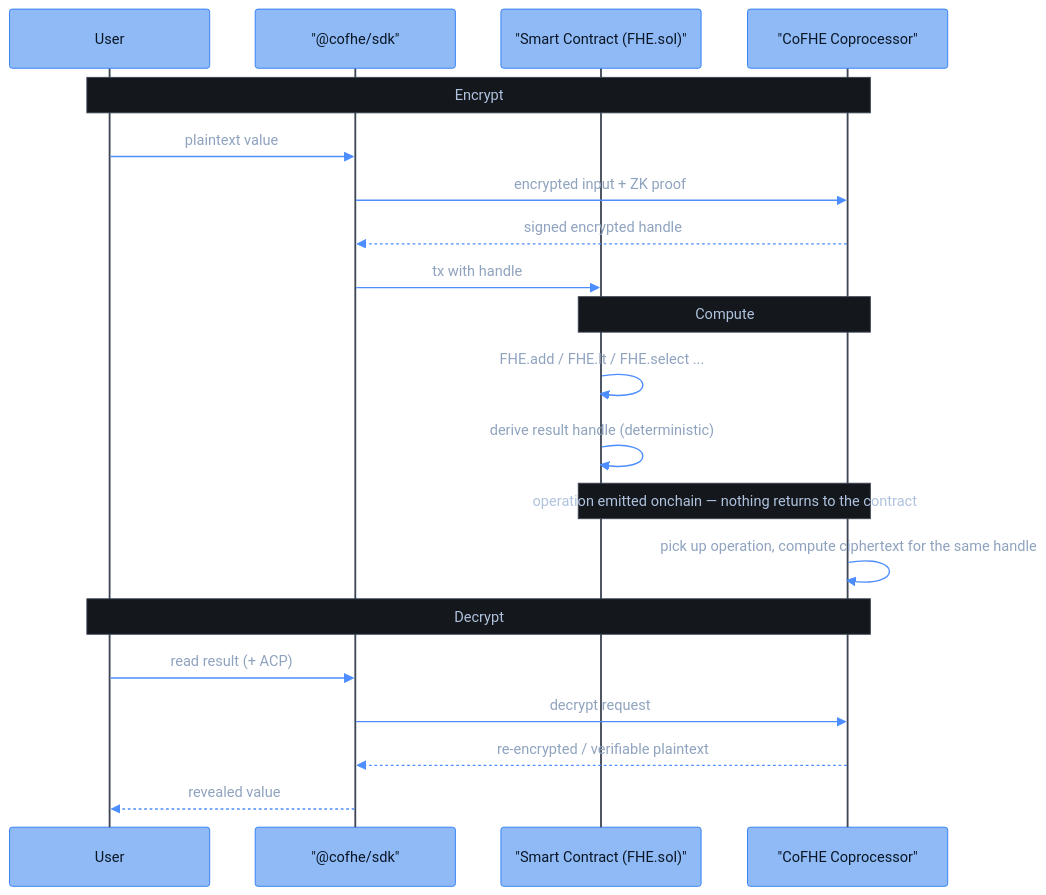
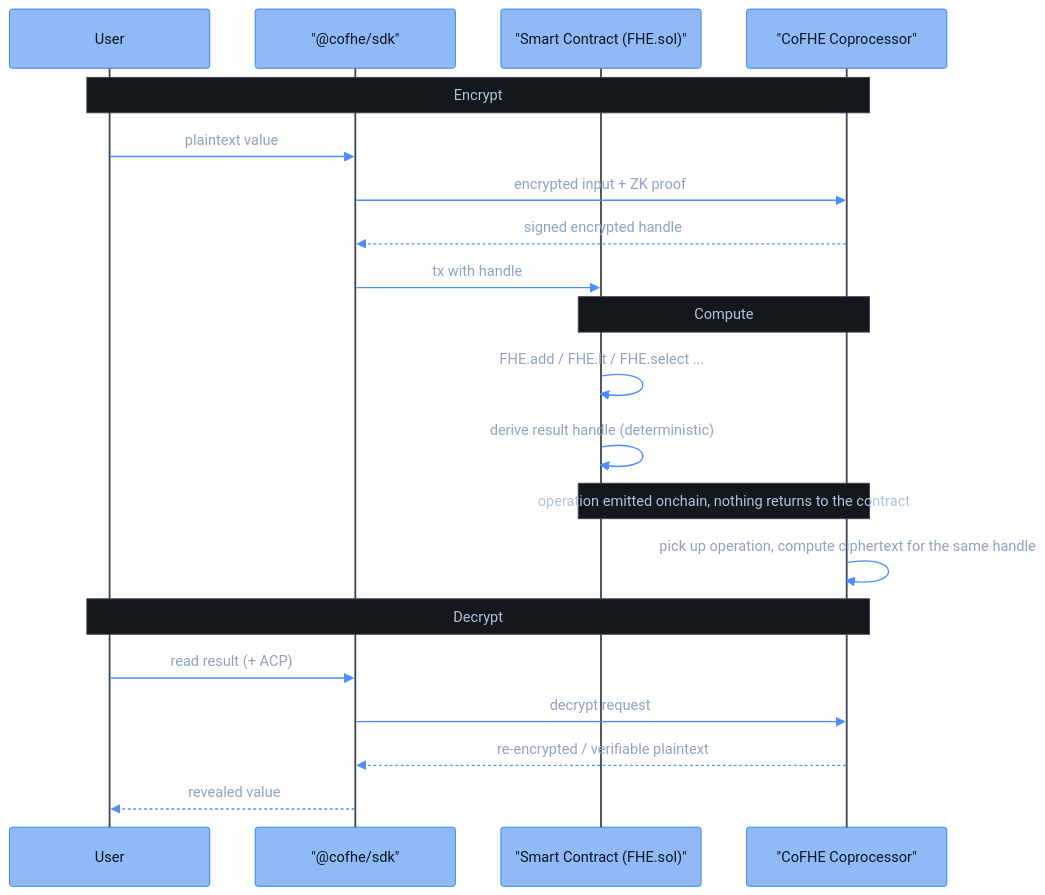
One commit to FhenixProtocol/fhenix-developer-docs changed the diagram in get-started/introduction/what-is-cofhe.mdx. Above: the diagram before and after it, drawn with Mermaid. The commit also changed other lines of this file, not shown here.

````diff
--- a/get-started/introduction/what-is-cofhe.mdx
+++ b/get-started/introduction/what-is-cofhe.mdx
@@ -50,26 +50,26 @@
 ```mermaid
 %%{init: {"theme": "base", "themeVariables": {"fontFamily": "Menlo, Monaco, Consolas, monospace", "fontSize": "16px", "primaryColor": "#8FBAF5", "primaryBorderColor": "#2E7CF6", "primaryTextColor": "#0A1626", "lineColor": "#4C8DFF", "signalColor": "#4C8DFF", "signalTextColor": "#8FA3BF", "actorBkg": "#8FBAF5", "actorBorder": "#2E7CF6", "actorTextColor": "#0A1626", "actorLineColor": "#3D4654", "noteBkgColor": "#14171C", "noteBorderColor": "#3D4654", "noteTextColor": "#AFC3DE", "activationBkgColor": "#1E3A5F", "activationBorderColor": "#4C8DFF", "clusterBkg": "#14171C", "clusterBorder": "#3D4654", "titleColor": "#E7EAEE", "edgeLabelBackground": "#8FBAF5", "textColor": "#AFC3DE", "labelTextColor": "#E7EAEE", "tertiaryColor": "#14171C", "loopTextColor": "#AFC3DE", "labelBoxBkgColor": "#1E3A5F", "labelBoxBorderColor": "#4C8DFF"}, "sequence": {"actorFontFamily": "Menlo, Monaco, Consolas, monospace", "messageFontFamily": "Menlo, Monaco, Consolas, monospace", "noteFontFamily": "Menlo, Monaco, Consolas, monospace", "width": 220, "actorFontSize": 16, "messageFontSize": 16, "noteFontSize": 15}}}%%
 sequenceDiagram
     participant User
     participant SDK as "@cofhe/sdk"
     participant Contract as "Smart Contract (FHE.sol)"
     participant CoFHE as "CoFHE Coprocessor"
 
     Note over User,CoFHE: Encrypt
     User->>SDK: plaintext value
     SDK->>CoFHE: encrypted input + ZK proof
     CoFHE-->>SDK: signed encrypted handle
     SDK->>Contract: tx with handle
 
     Note over Contract,CoFHE: Compute
     Contract->>Contract: FHE.add / FHE.lt / FHE.select ...
     Contract->>Contract: derive result handle (deterministic)
-    Note over Contract,CoFHE: operation emitted onchain — nothing returns to the contract
+    Note over Contract,CoFHE: operation emitted onchain, nothing returns to the contract
     CoFHE->>CoFHE: pick up operation, compute ciphertext for the same handle
 
     Note over User,CoFHE: Decrypt
     User->>SDK: read result (+ ACP)
     SDK->>CoFHE: decrypt request
     CoFHE-->>SDK: re-encrypted / verifiable plaintext
     SDK-->>User: revealed value
 ```
````
